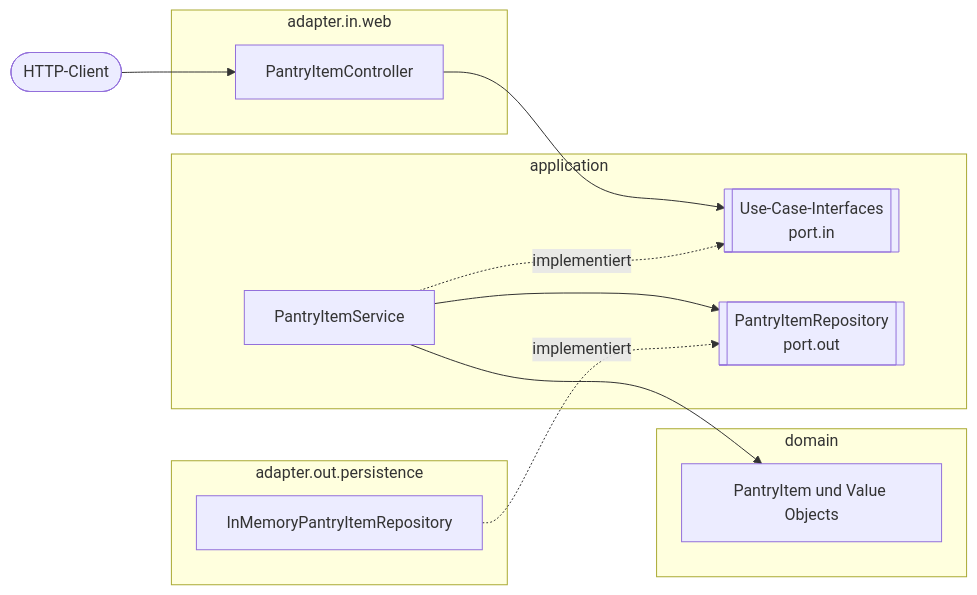
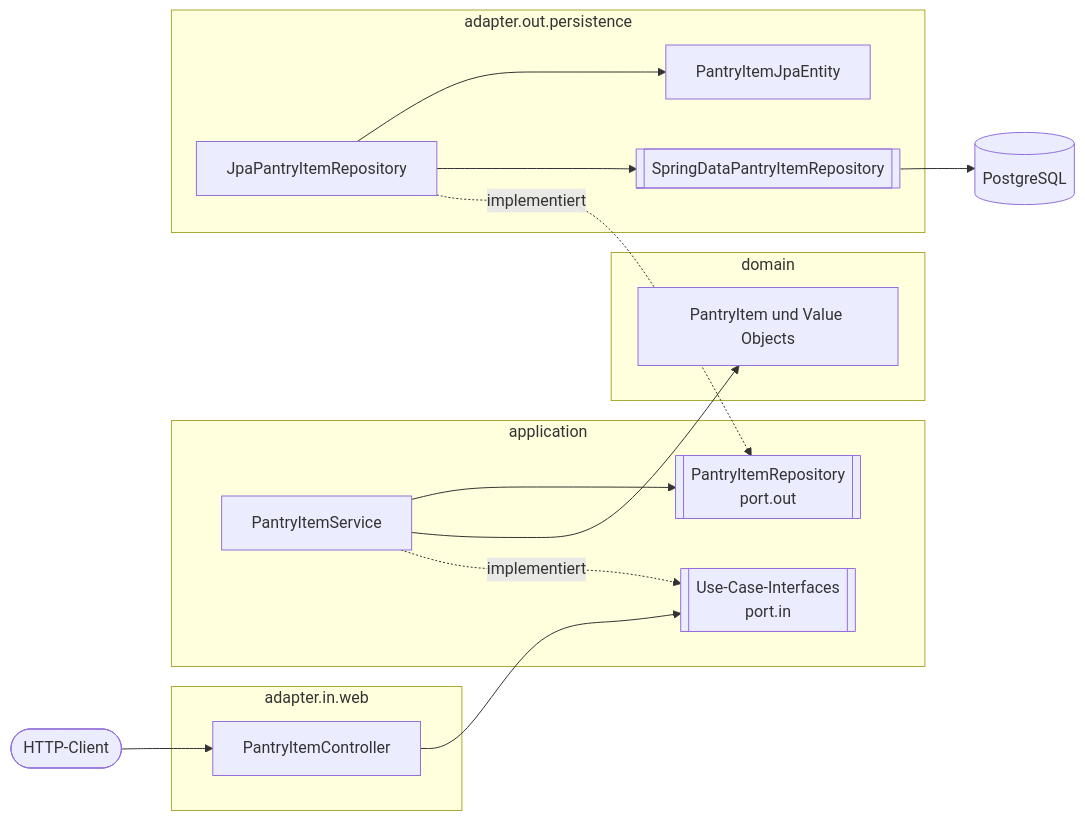
One commit to max-ziel/StorageKeeper changed the second of 4 diagrams in docs/DOMAIN_MODEL.md. Above: the diagram before and after it, drawn with Mermaid. The commit also changed other lines of this file and 14 other files, not shown here.

First line of the commit message:
M2: Persist pantry items in PostgreSQL with JPA and Flyway

````diff
--- a/docs/DOMAIN_MODEL.md
+++ b/docs/DOMAIN_MODEL.md
@@ -122,23 +122,29 @@
 ```mermaid
 flowchart LR
     Client([HTTP-Client]) --> Web
     subgraph SG_WEB["adapter.in.web"]
         Web[PantryItemController]
     end
     subgraph SG_APP["application"]
         PortIn[[Use-Case-Interfaces<br/>port.in]]
         Service[PantryItemService]
         PortOut[[PantryItemRepository<br/>port.out]]
     end
     subgraph SG_DOM["domain"]
         Model[PantryItem und Value Objects]
     end
     subgraph SG_PERS["adapter.out.persistence"]
-        Repo[InMemoryPantryItemRepository]
+        Repo[JpaPantryItemRepository]
+        Entity[PantryItemJpaEntity]
+        SpringData[[SpringDataPantryItemRepository]]
     end
+    DB[(PostgreSQL)]
     Web --> PortIn
     Service -. implementiert .-> PortIn
     Service --> Model
     Service --> PortOut
     Repo -. implementiert .-> PortOut
+    Repo --> SpringData
+    Repo --> Entity
+    SpringData --> DB
 ```
````
